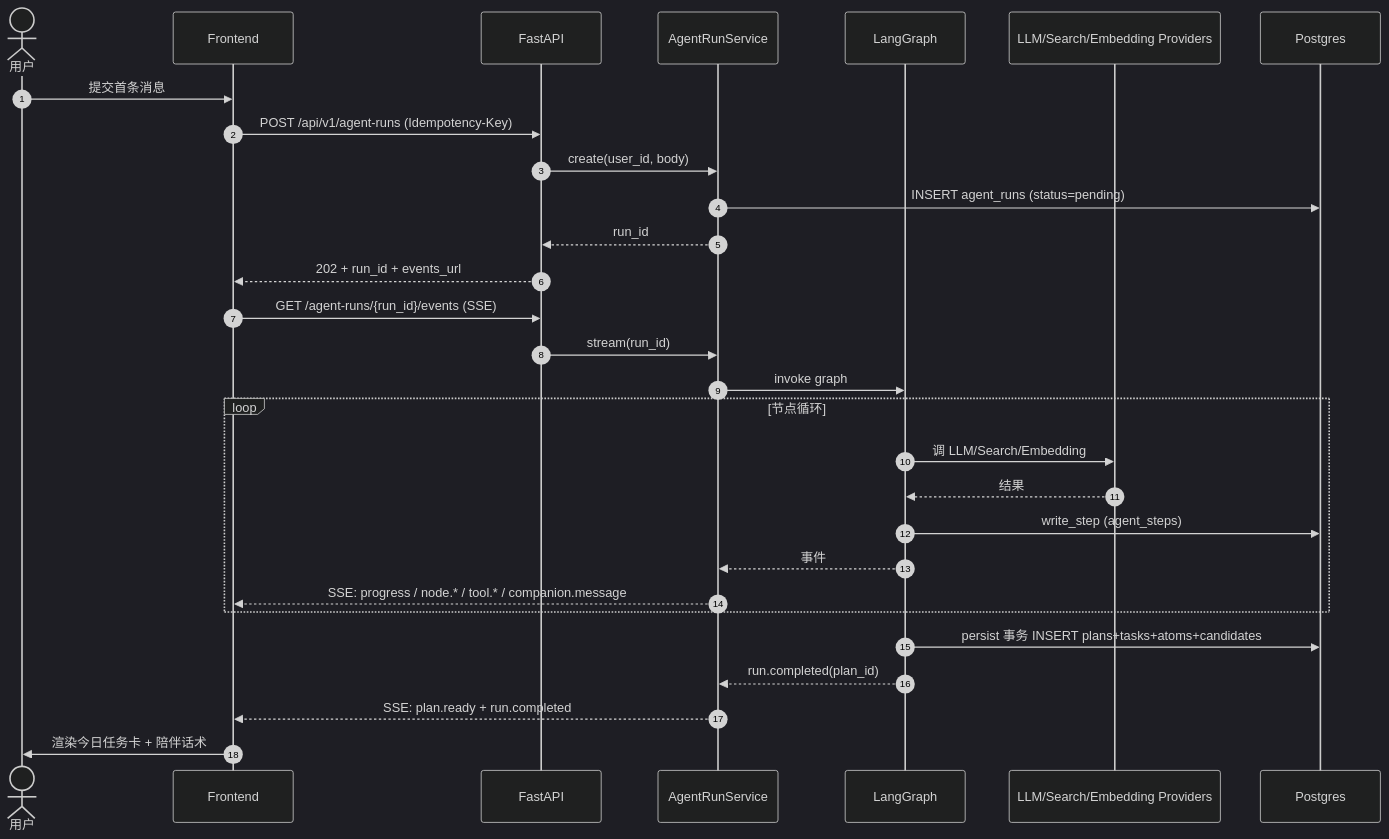
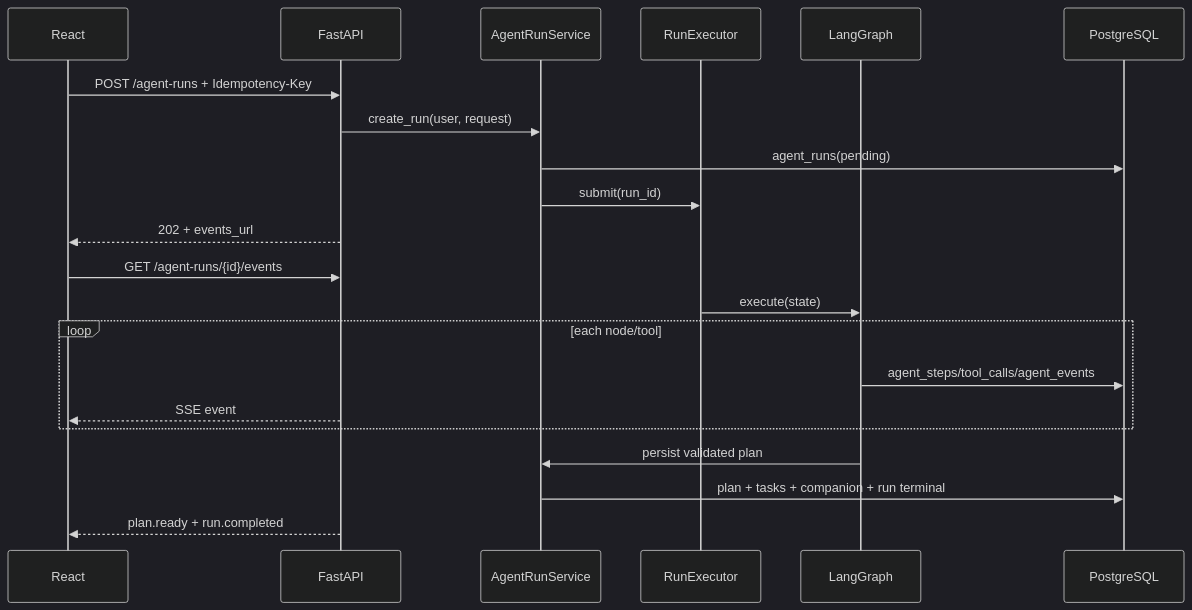
One commit to lyyjsr/career-planning-buddy changed the diagram in docs/model-design/feature-flows/02-plan-run.md. Above: the diagram before and after it, drawn with Mermaid (dark theme). The commit also changed other lines of this file and 155 other files, not shown here.

````diff
--- a/docs/model-design/feature-flows/02-plan-run.md
+++ b/docs/model-design/feature-flows/02-plan-run.md
@@ -68,35 +3,23 @@
 ```mermaid
 sequenceDiagram
-    autonumber
-    actor U as 用户
-    participant FE as Frontend
+    participant FE as React
     participant API as FastAPI
     participant SVC as AgentRunService
+    participant EX as RunExecutor
     participant G as LangGraph
-    participant Prov as LLM/Search/Embedding Providers
-    participant DB as Postgres
-
-    U->>FE: 提交首条消息
-    FE->>API: POST /api/v1/agent-runs (Idempotency-Key)
-    API->>SVC: create(user_id, body)
-    SVC->>DB: INSERT agent_runs (status=pending)
-    SVC-->>API: run_id
-    API-->>FE: 202 + run_id + events_url
-
-    FE->>API: GET /agent-runs/{run_id}/events (SSE)
-    API->>SVC: stream(run_id)
-    SVC->>G: invoke graph
-
-    loop 节点循环
-        G->>Prov: 调 LLM/Search/Embedding
-        Prov-->>G: 结果
-        G->>DB: write_step (agent_steps)
-        G-->>SVC: 事件
-        SVC-->>FE: SSE: progress / node.* / tool.* / companion.message
+    participant DB as PostgreSQL
+    FE->>API: POST /agent-runs + Idempotency-Key
+    API->>SVC: create_run(user, request)
+    SVC->>DB: agent_runs(pending)
+    SVC->>EX: submit(run_id)
+    API-->>FE: 202 + events_url
+    FE->>API: GET /agent-runs/{id}/events
+    EX->>G: execute(state)
+    loop each node/tool
+      G->>DB: agent_steps/tool_calls/agent_events
+      API-->>FE: SSE event
     end
-
-    G->>DB: persist 事务 INSERT plans+tasks+atoms+candidates
-    G-->>SVC: run.completed(plan_id)
-    SVC-->>FE: SSE: plan.ready + run.completed
-    FE->>U: 渲染今日任务卡 + 陪伴话术
+    G->>SVC: persist validated plan
+    SVC->>DB: plan + tasks + companion + run terminal
+    API-->>FE: plan.ready + run.completed
 ```
````
